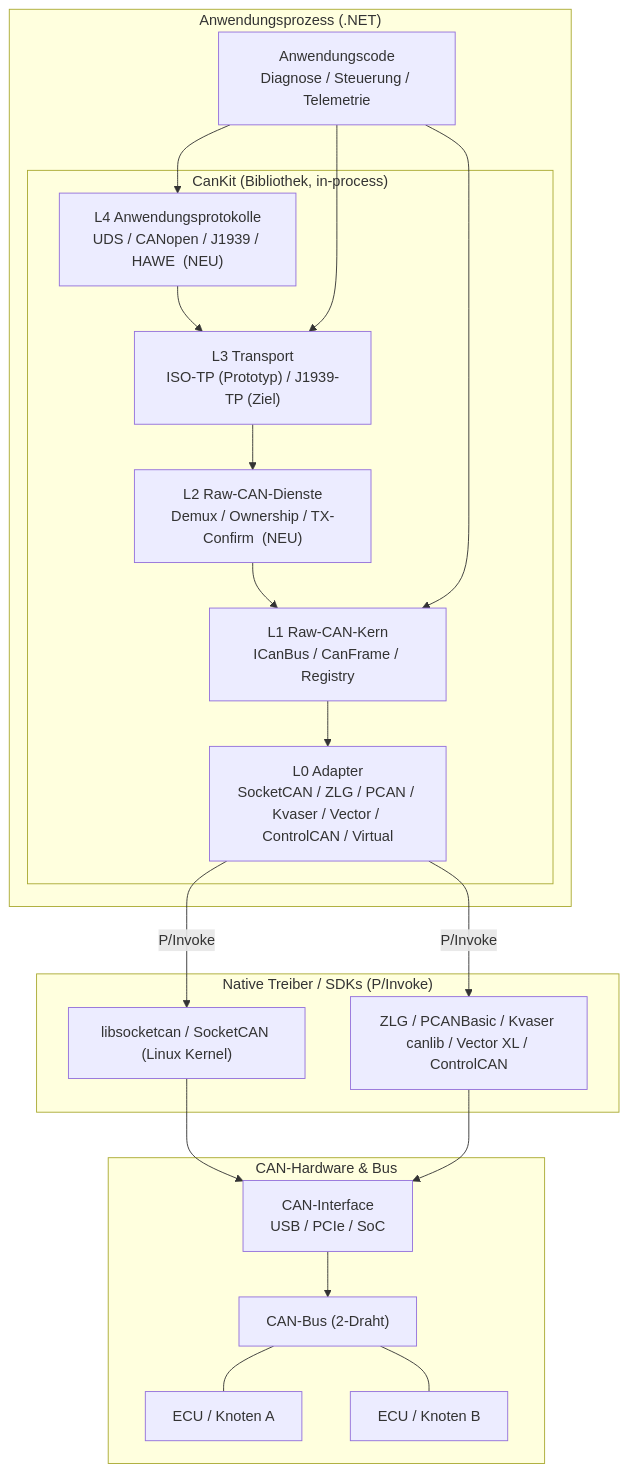
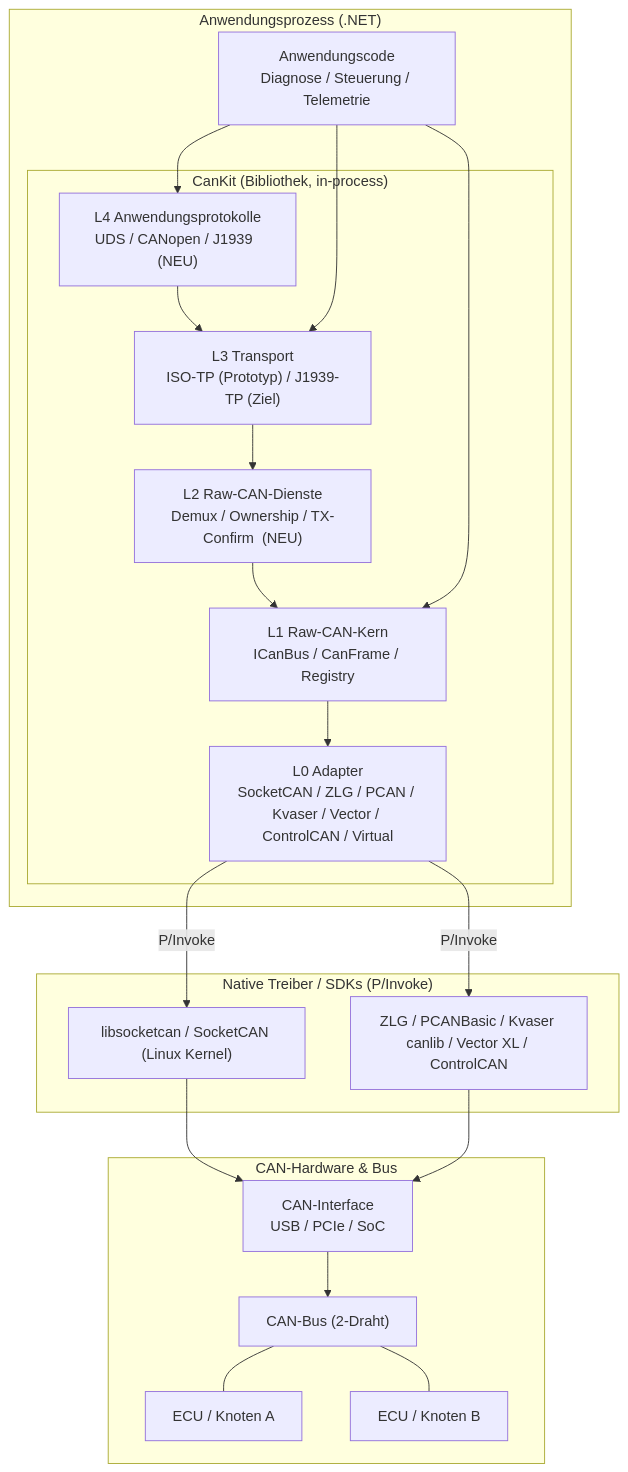
One commit to dborgards/CanKit.Pro changed the first of 19 diagrams in docs/architecture/arc42-CanKit.Pro.md. Above: the diagram before and after it, drawn with Mermaid. The commit also changed other lines of this file and 29 other files, not shown here.

````diff
--- a/docs/architecture/arc42-CanKit.Pro.md
+++ b/docs/architecture/arc42-CanKit.Pro.md
@@ -179,37 +179,37 @@
 ```mermaid
 flowchart TB
     subgraph App["Anwendungsprozess (.NET)"]
         UserApp["Anwendungscode<br/>Diagnose / Steuerung / Telemetrie"]
         subgraph CanKitLib["CanKit (Bibliothek, in-process)"]
-            L4["L4 Anwendungsprotokolle<br/>UDS / CANopen / J1939 / HAWE  (NEU)"]
+            L4["L4 Anwendungsprotokolle<br/>UDS / CANopen / J1939  (NEU)"]
             L3["L3 Transport<br/>ISO-TP (Prototyp) / J1939-TP (Ziel)"]
             L2["L2 Raw-CAN-Dienste<br/>Demux / Ownership / TX-Confirm  (NEU)"]
             L1["L1 Raw-CAN-Kern<br/>ICanBus / CanFrame / Registry"]
             L0["L0 Adapter<br/>SocketCAN / ZLG / PCAN / Kvaser / Vector / ControlCAN / Virtual"]
             L4 --> L3 --> L2 --> L1 --> L0
         end
         UserApp --> L4
         UserApp --> L3
         UserApp --> L1
     end
 
     subgraph Native["Native Treiber / SDKs (P/Invoke)"]
         LibSocketCan["libsocketcan / SocketCAN (Linux Kernel)"]
         VendorSdk["ZLG / PCANBasic / Kvaser canlib / Vector XL / ControlCAN"]
     end
 
     subgraph HW["CAN-Hardware & Bus"]
         Iface["CAN-Interface<br/>USB / PCIe / SoC"]
         Bus["CAN-Bus (2-Draht)"]
         ECU1["ECU / Knoten A"]
         ECU2["ECU / Knoten B"]
     end
 
     L0 -->|"P/Invoke"| LibSocketCan
     L0 -->|"P/Invoke"| VendorSdk
     LibSocketCan --> Iface
     VendorSdk --> Iface
     Iface --> Bus
     Bus --- ECU1
     Bus --- ECU2
 ```
````
